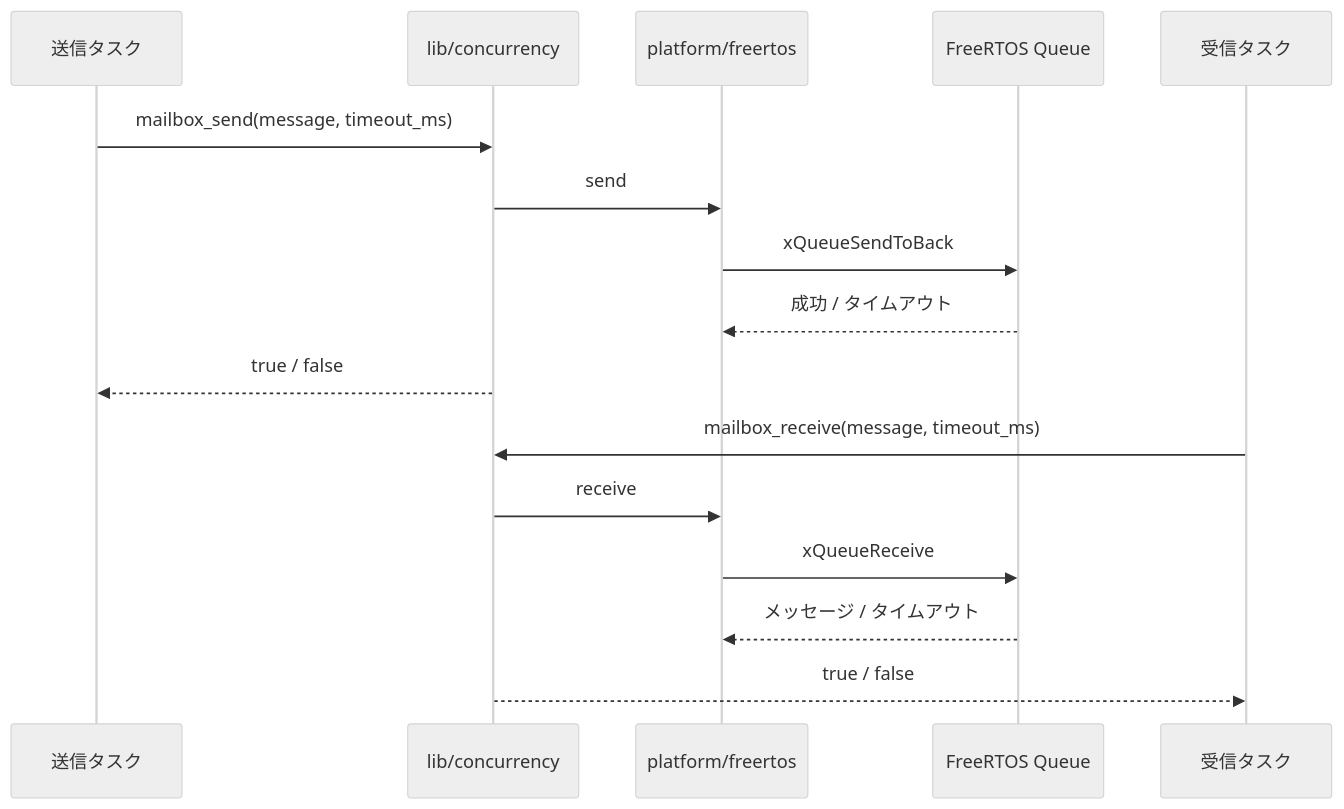
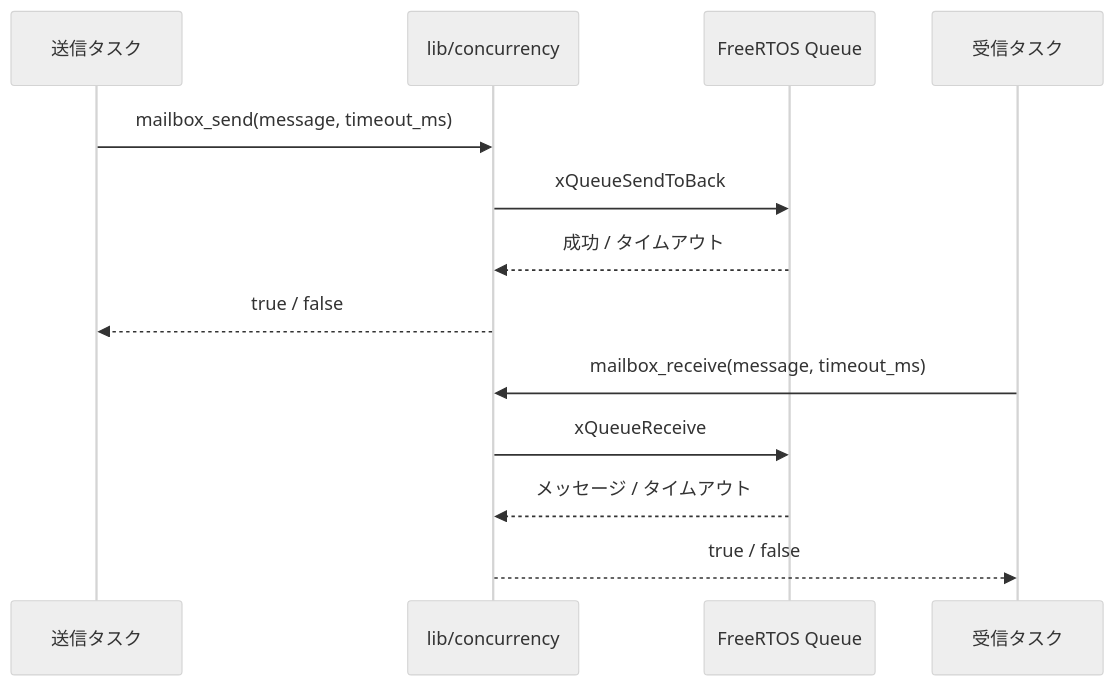
Before and after one commit to starkensan/usb_midi_pedal: the second of 2 diagrams in docs/designs/rtos-mailbox.md, drawn with Mermaid (neutral theme). The commit also changed other lines of this file and 29 other files, not shown here.

````diff
--- a/docs/designs/rtos-mailbox.md
+++ b/docs/designs/rtos-mailbox.md
@@ -73,19 +59,16 @@
 ```mermaid
 sequenceDiagram
     participant Producer as 送信タスク
     participant Mailbox as lib/concurrency
-    participant Adapter as platform/freertos
     participant Queue as FreeRTOS Queue
     participant Consumer as 受信タスク
 
     Producer->>Mailbox: mailbox_send(message, timeout_ms)
-    Mailbox->>Adapter: send
-    Adapter->>Queue: xQueueSendToBack
-    Queue-->>Adapter: 成功 / タイムアウト
+    Mailbox->>Queue: xQueueSendToBack
+    Queue-->>Mailbox: 成功 / タイムアウト
     Mailbox-->>Producer: true / false
     Consumer->>Mailbox: mailbox_receive(message, timeout_ms)
-    Mailbox->>Adapter: receive
-    Adapter->>Queue: xQueueReceive
-    Queue-->>Adapter: メッセージ / タイムアウト
+    Mailbox->>Queue: xQueueReceive
+    Queue-->>Mailbox: メッセージ / タイムアウト
     Mailbox-->>Consumer: true / false
 ```
````
